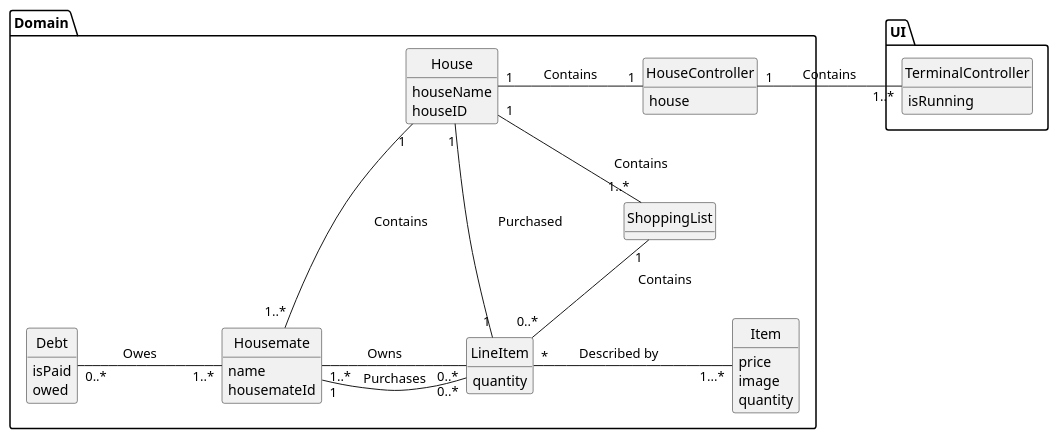
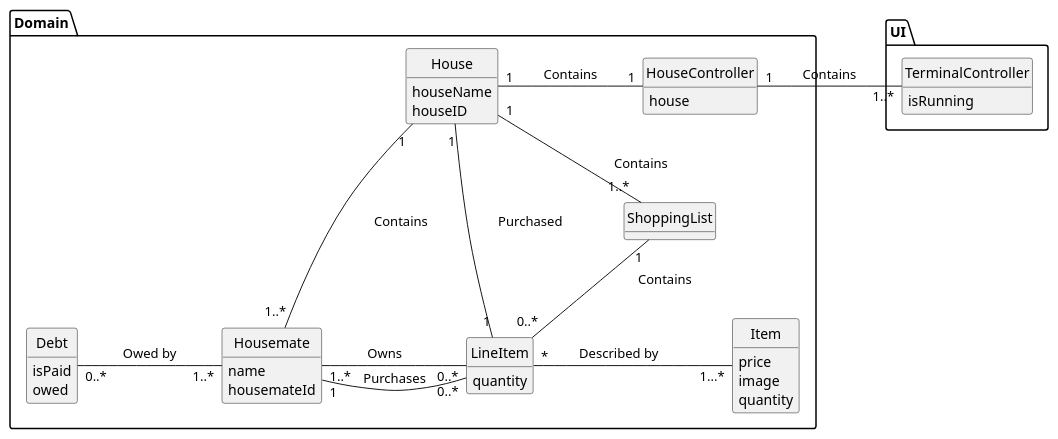
The first of 4 diagrams in doc/design.md (willemnielsen/House-App), drawn with PlantUML before and after one commit. The commit also changed other lines of this file, not shown here.

Commit message:
cleaned up charge sequence diagram

````diff
--- a/doc/design.md
+++ b/doc/design.md
@@ -2,57 +2,57 @@
 ```plantuml
 @startuml
 hide circle
 hide empty methods
 
 class UI.TerminalController{
     isRunning
 }
 
 class Domain.HouseController{
     house
 }
 
 class Domain.House{
     houseName
     houseID
 }
 class Domain.ShoppingList{ 
 }
 class Domain.LineItem{
     quantity
 }
 
 class Domain.Item{
     price
     image
     quantity
 }
 
 class Domain.Debt{
     isPaid
     owed
 }
 
 
 class Domain.Housemate{   
     name
     housemateId
 }
 
 ' associations
 Domain.HouseController "1" - "1..*" UI.TerminalController : \tContains\t\t
 Domain.House "1" - "1" Domain.HouseController : \tContains\t\t
 Domain.House "1" -- "1..*" Domain.Housemate : \tContains\t\t
 Domain.House "1" -- "1..*" Domain.ShoppingList : \tContains\t\t
 Domain.House "1" -- "1" Domain.LineItem : \tPurchased\t\t
 Domain.Housemate "1..*" - "0..*" Domain.LineItem : \tOwns\t\t
 Domain.ShoppingList "1" -- "0..*" Domain.LineItem : \tContains\t\t
 Domain.LineItem "*" - "1...*" Domain.Item : \tDescribed by \t\t
-Domain.Housemate "1..*" -left- "0..*" Domain.Debt : \tOwes\t\t
+Domain.Housemate "1..*" -left- "0..*" Domain.Debt : \tOwed by\t\t
 Domain.Housemate "1" - "0..*" Domain.LineItem : Purchases
 @enduml
 
 
 
 
 ```
````
